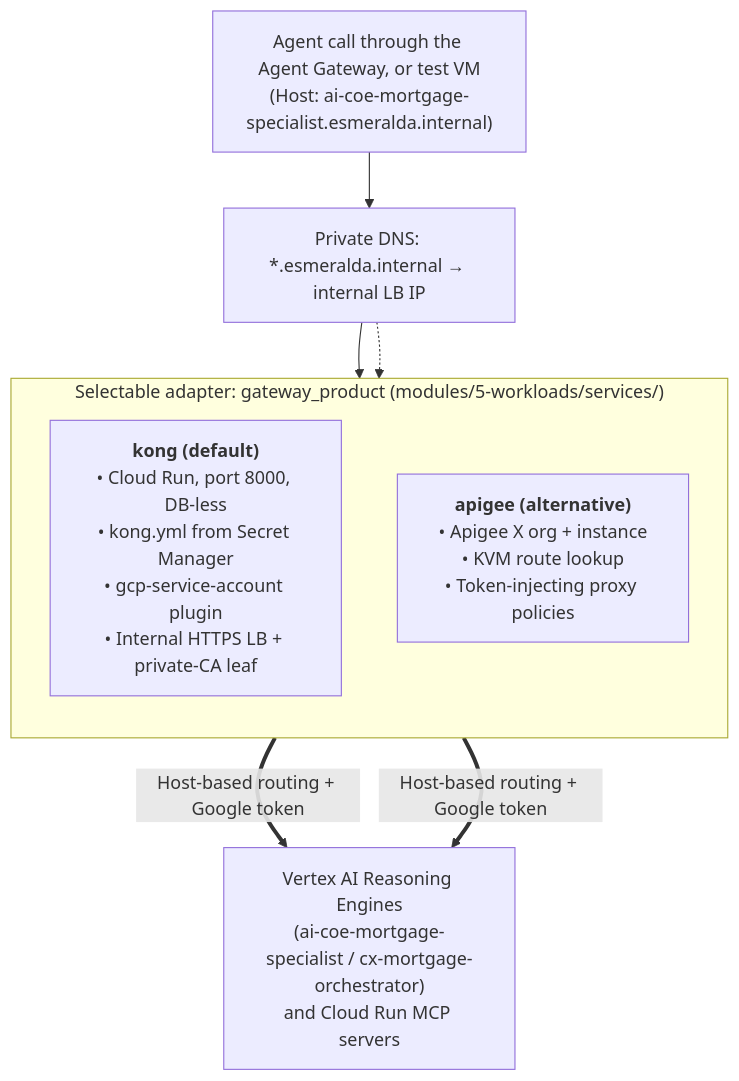
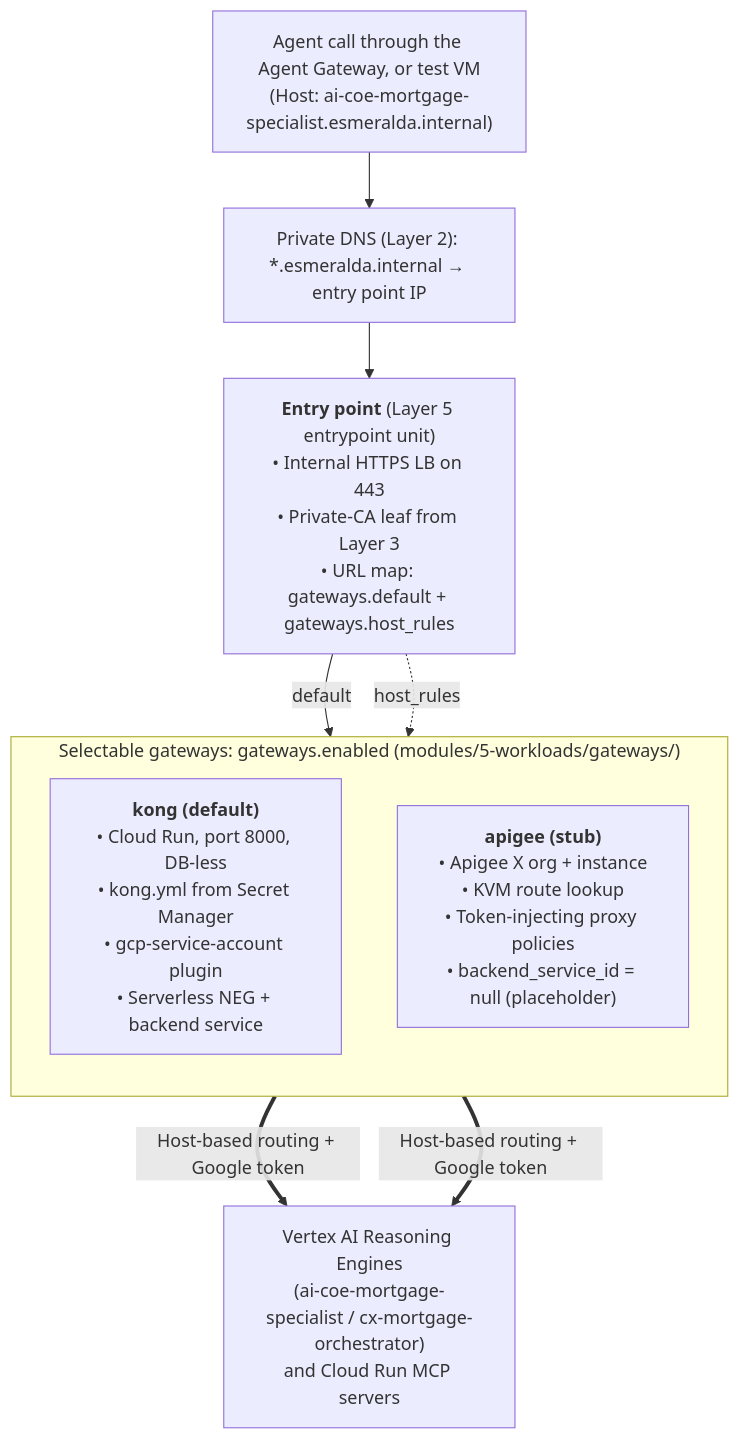
One commit to google/esmeralda changed the diagram in docs/src/2-workloads-and-catalog/01-ingress-gateways.md. Above: the diagram before and after it, drawn with Mermaid. The commit also changed other lines of this file and 10 other files, not shown here.

First line of the commit message:
docs: describe the entry point, the gateway contract and host-by-host migration

````diff
--- a/docs/src/2-workloads-and-catalog/01-ingress-gateways.md
+++ b/docs/src/2-workloads-and-catalog/01-ingress-gateways.md
@@ -51,17 +66,19 @@
 ```mermaid
 flowchart TD
     Req["Agent call through the Agent Gateway, or test VM<br/>(Host: ai-coe-mortgage-specialist.esmeralda.internal)"]
-    DNS["Private DNS: *.esmeralda.internal → internal LB IP"]
+    DNS["Private DNS (Layer 2): *.esmeralda.internal → entry point IP"]
+    EP["<b>Entry point</b> (Layer 5 entrypoint unit)<br/>• Internal HTTPS LB on 443<br/>• Private-CA leaf from Layer 3<br/>• URL map: gateways.default + gateways.host_rules"]
 
-    subgraph Adapters["Selectable adapter: gateway_product (modules/5-workloads/services/)"]
+    subgraph Adapters["Selectable gateways: gateways.enabled (modules/5-workloads/gateways/)"]
         direction TB
-        OptB["<b>kong (default)</b><br/>• Cloud Run, port 8000, DB-less<br/>• kong.yml from Secret Manager<br/>• gcp-service-account plugin<br/>• Internal HTTPS LB + private-CA leaf"]
-        OptA["<b>apigee (alternative)</b><br/>• Apigee X org + instance<br/>• KVM route lookup<br/>• Token-injecting proxy policies"]
+        OptB["<b>kong (default)</b><br/>• Cloud Run, port 8000, DB-less<br/>• kong.yml from Secret Manager<br/>• gcp-service-account plugin<br/>• Serverless NEG + backend service"]
+        OptA["<b>apigee (stub)</b><br/>• Apigee X org + instance<br/>• KVM route lookup<br/>• Token-injecting proxy policies<br/>• backend_service_id = null (placeholder)"]
     end
 
     Backend["Vertex AI Reasoning Engines<br/>(ai-coe-mortgage-specialist / cx-mortgage-orchestrator)<br/>and Cloud Run MCP servers"]
 
-    Req --> DNS --> OptB
-    DNS -.-> OptA
+    Req --> DNS --> EP
+    EP -->|default| OptB
+    EP -.->|host_rules| OptA
     OptB & OptA ==>|Host-based routing + Google token| Backend
 ```
````
